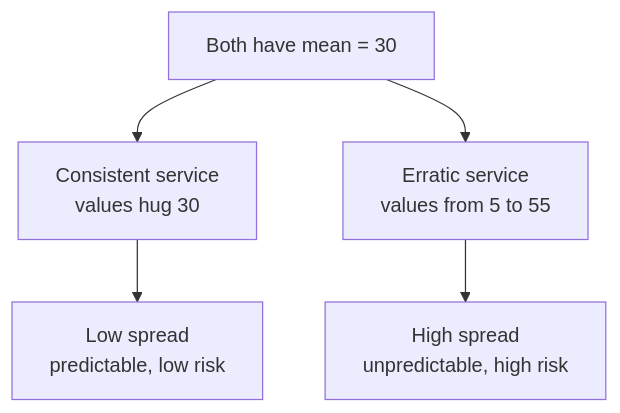
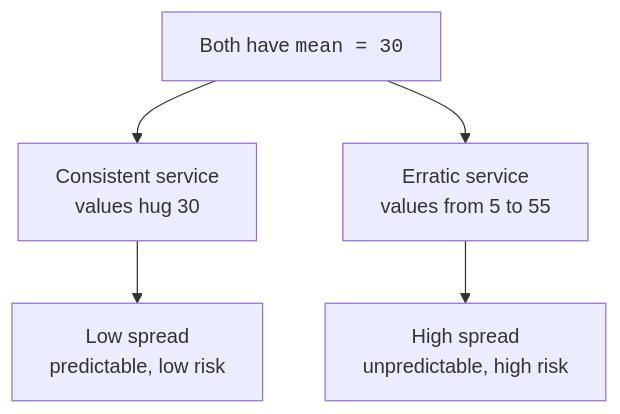
The first of 2 diagrams in content/learn/statistics-for-data-science-python/measures-of-spread.mdx (dataslope/dataslope), drawn with Mermaid before and after one commit. The commit also changed 100 other files, not shown here.

First line of the commit message:
Wrap more code in diagram labels: filenames, hex, assignments, subgraph titles

````diff
--- a/content/learn/statistics-for-data-science-python/measures-of-spread.mdx
+++ b/content/learn/statistics-for-data-science-python/measures-of-spread.mdx
@@ -45,7 +45,7 @@
 ```mermaid
 flowchart TD
-  A["Both have mean = 30"] --> B["Consistent service<br/>values hug 30"]
+  A["Both have <code>mean = 30</code>"] --> B["Consistent service<br/>values hug 30"]
   A --> C["Erratic service<br/>values from 5 to 55"]
   B --> D["Low spread<br/>predictable, low risk"]
   C --> E["High spread<br/>unpredictable, high risk"]
 ```
````
